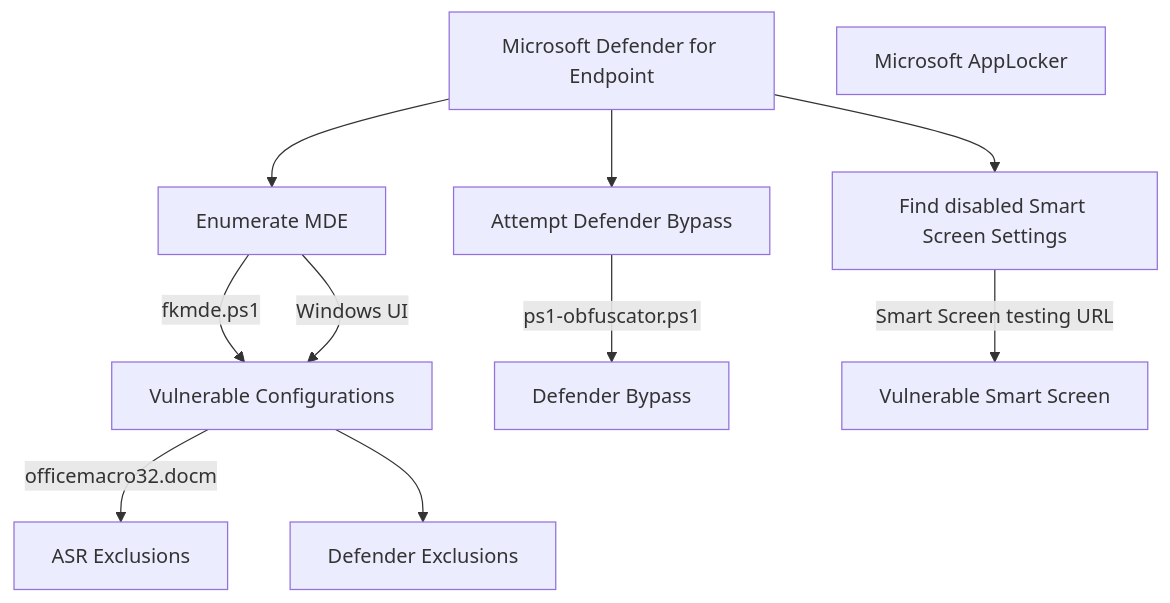
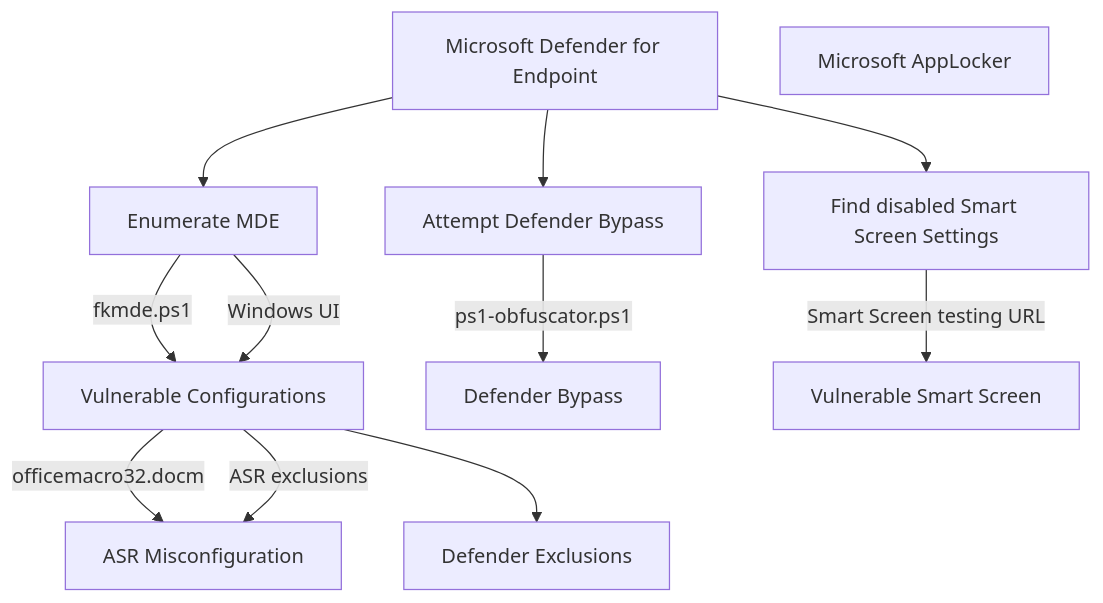
One commit to fkxdr/fkxdr-mindmaps changed the diagram in README.md. Above: the diagram before and after it, drawn with Mermaid.

````diff
--- a/README.md
+++ b/README.md
@@ -7,17 +7,18 @@
 ```mermaid
 flowchart TD
     MDE[ Microsoft Defender for Endpoint ]
     MDE --> MDEENUM[ Enumerate MDE ]
     MDEENUM --> | fkmde.ps1 | MDEVULN[ Vulnerable Configurations ]
     MDEENUM --> |  Windows UI | MDEVULN[ Vulnerable Configurations ]
-    MDEVULN --> | officemacro32.docm | MDEASR[ ASR Exclusions ]
+    MDEVULN --> | officemacro32.docm | MDEASR[ ASR Misconfiguration ]
+    MDEVULN --> | ASR exclusions | MDEASR
     MDEVULN --> MDEEXCLUSION[ Defender Exclusions ]
 
     MDE --> MDEBYPASS[ Attempt Defender Bypass ]
     MDEBYPASS --> | ps1-obfuscator.ps1 | MDEBYPASS2[ Defender Bypass ]
 
     MDE --> MDESSCR[ Find disabled Smart Screen Settings ]
     MDESSCR --> | Smart Screen testing URL | MDESSCR2[ Vulnerable Smart Screen ]
 
     APP[ Microsoft AppLocker ]
 ```
````
